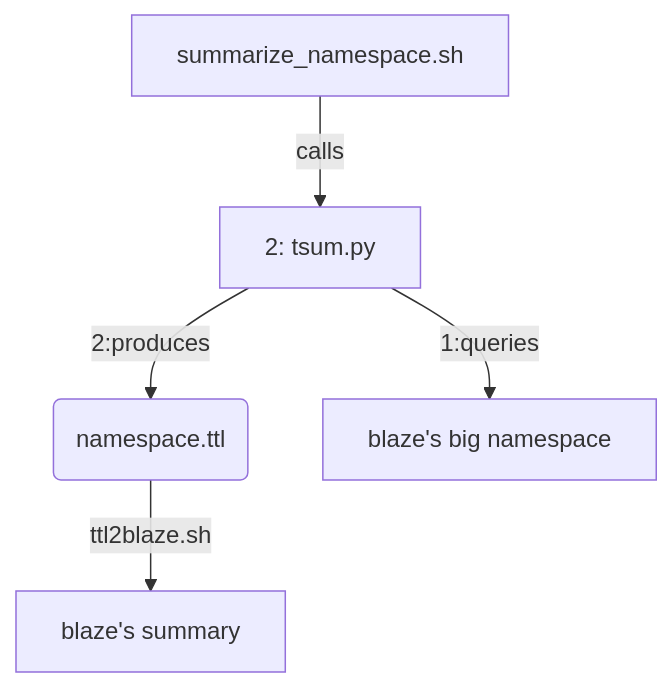
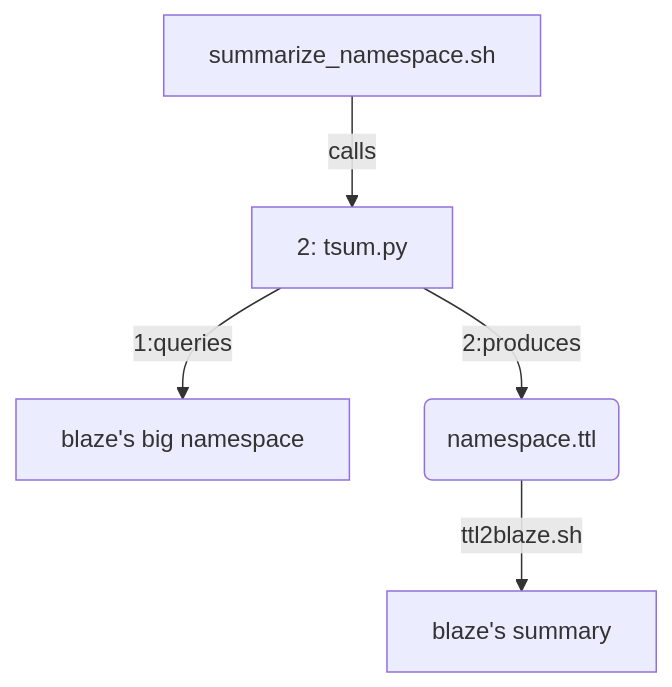
One commit to MBcode/ec changed the diagram in summary/call-1st.md. Above: the diagram before and after it, drawn with Mermaid.

Commit message:
Update call-1st.md
reordered so see qry 1st on left then what produces next on right

````diff
--- a/summary/call-1st.md
+++ b/summary/call-1st.md
@@ -5,6 +5,6 @@
 ```mermaid
 flowchart TD;
 SR[summarize_namespace.sh];
-SR -- calls --> F2[2: tsum.py] -- 2:produces --> RT(namespace.ttl) -- ttl2blaze.sh --> B[blaze's summary];
-F2 -- 1:queries --> BMN[blaze's big namespace];
+SR -- calls --> F2[2: tsum.py] -- 1:queries --> BMN[blaze's big namespace];
+F2 -- 2:produces --> RT(namespace.ttl) -- ttl2blaze.sh --> B[blaze's summary];
 ```
````
